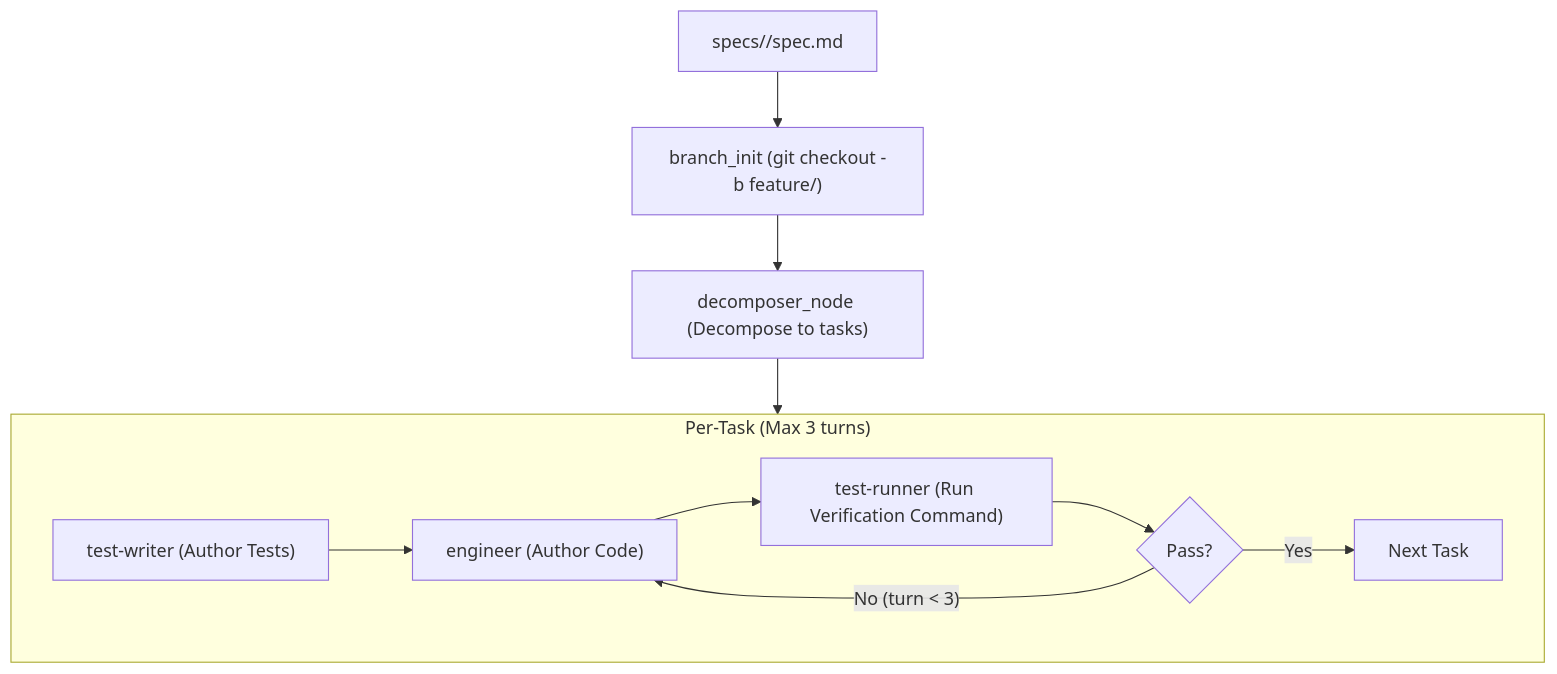
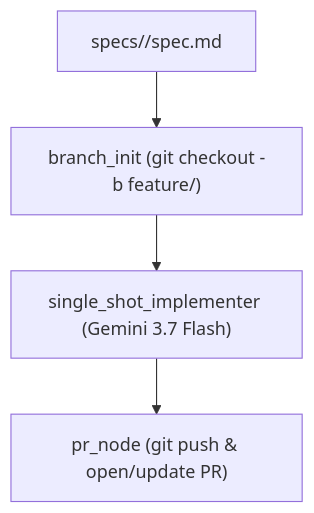
Before and after one commit to davidstanke/automat: the diagram in .agents/skills/implementer/SKILL.md, drawn with Mermaid. The commit also changed other lines of this file and 14 other files, not shown here.

Commit message:
feat(implementer): accelerate spec implementation workflow with single-shot implementer

````diff
--- a/.agents/skills/implementer/SKILL.md
+++ b/.agents/skills/implementer/SKILL.md
@@ -30,14 +30,6 @@
 ```mermaid
 flowchart TD
     Spec["specs/<feature>/spec.md"] --> BranchInit["branch_init (git checkout -b feature/<name>)"]
-    BranchInit --> DecomposerNode["decomposer_node (Decompose to tasks)"]
-    DecomposerNode --> TaskLoop["Task Orchestrator Loop"]
-    
-    subgraph TaskLoop ["Per-Task (Max 3 turns)"]
-        TW["test-writer (Author Tests)"] --> Eng["engineer (Author Code)"]
-        Eng --> TR["test-runner (Run Verification Command)"]
-        TR --> Check{"Pass?"}
-        Check -- "No (turn < 3)" --> Eng
-        Check -- "Yes" --> NextTask["Next Task"]
-    end
+    BranchInit --> SingleShot["single_shot_implementer (Gemini 3.7 Flash)"]
+    SingleShot --> PRNode["pr_node (git push & open/update PR)"]
 ```
````
